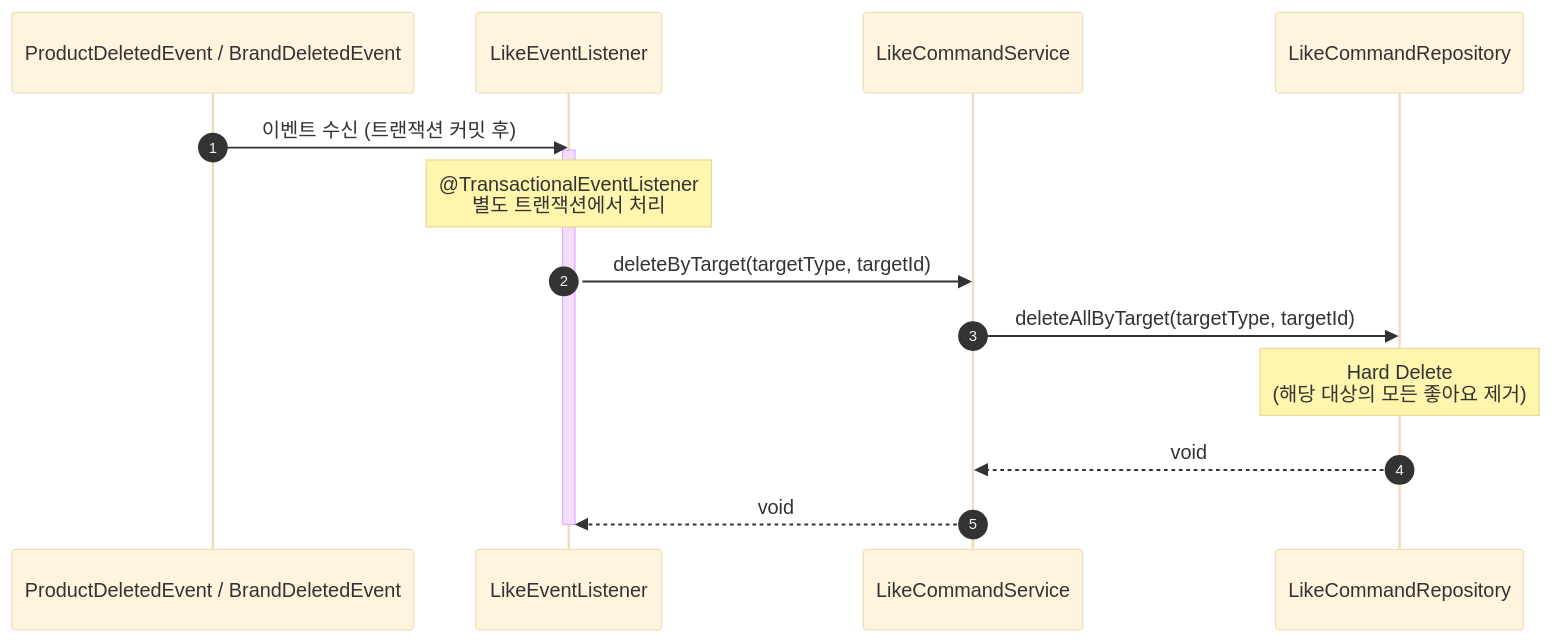
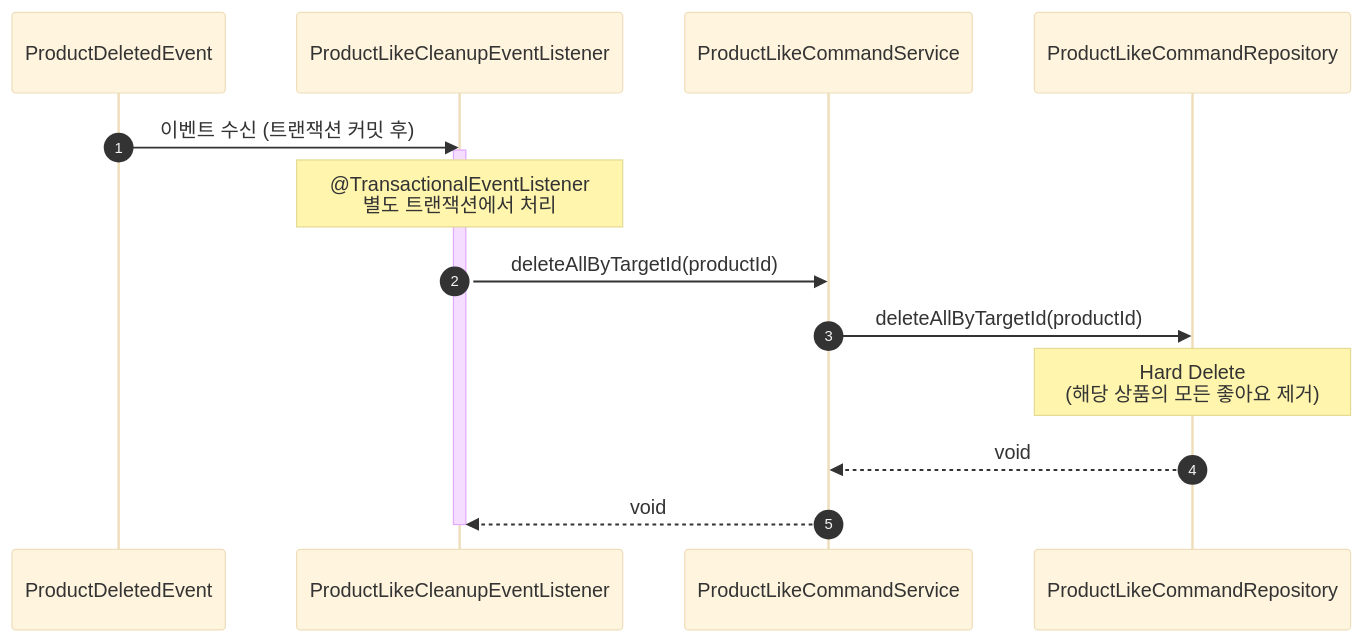
Before and after one commit to Hwan0518/loop-pack-be-l2-vol3-java: diagram 18 of 30 in docs/design/02-sequence-diagrams.md, drawn with Mermaid (base theme). The commit also changed other lines of this file and 474 other files, not shown here.

````diff
--- a/docs/design/02-sequence-diagrams.md
+++ b/docs/design/02-sequence-diagrams.md
@@ -746,19 +928,19 @@
 ```mermaid
 sequenceDiagram
     autonumber
-    participant Event as ProductDeletedEvent / BrandDeletedEvent
-    participant Listener as LikeEventListener
-    participant Service as LikeCommandService
-    participant Repository as LikeCommandRepository
+    participant Event as ProductDeletedEvent
+    participant Listener as ProductLikeCleanupEventListener
+    participant Service as ProductLikeCommandService
+    participant Repository as ProductLikeCommandRepository
 
     Event->>Listener: 이벤트 수신 (트랜잭션 커밋 후)
     activate Listener
     Note over Listener: @TransactionalEventListener<br/>별도 트랜잭션에서 처리
 
-    Listener->>Service: deleteByTarget(targetType, targetId)
-    Service->>Repository: deleteAllByTarget(targetType, targetId)
-    Note over Repository: Hard Delete<br/>(해당 대상의 모든 좋아요 제거)
+    Listener->>Service: deleteAllByTargetId(productId)
+    Service->>Repository: deleteAllByTargetId(productId)
+    Note over Repository: Hard Delete<br/>(해당 상품의 모든 좋아요 제거)
     Repository-->>Service: void
     Service-->>Listener: void
     deactivate Listener
 ```
````
